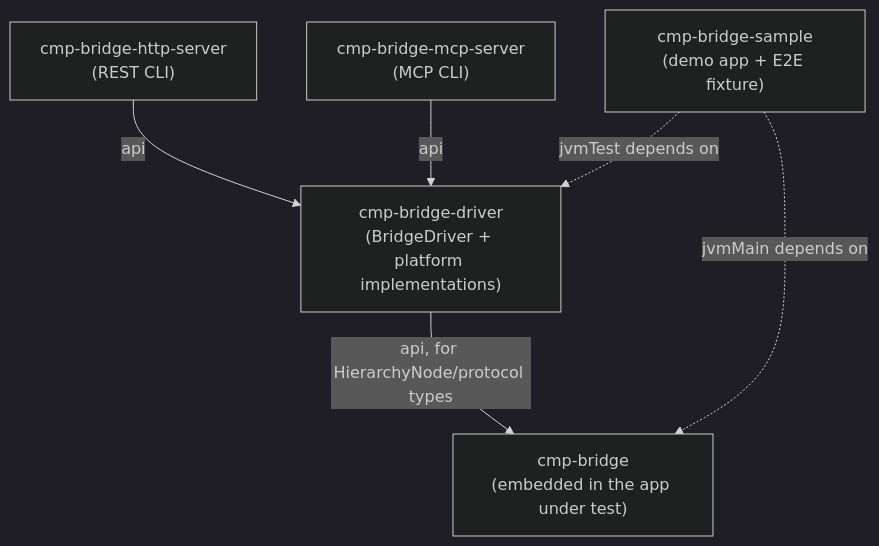
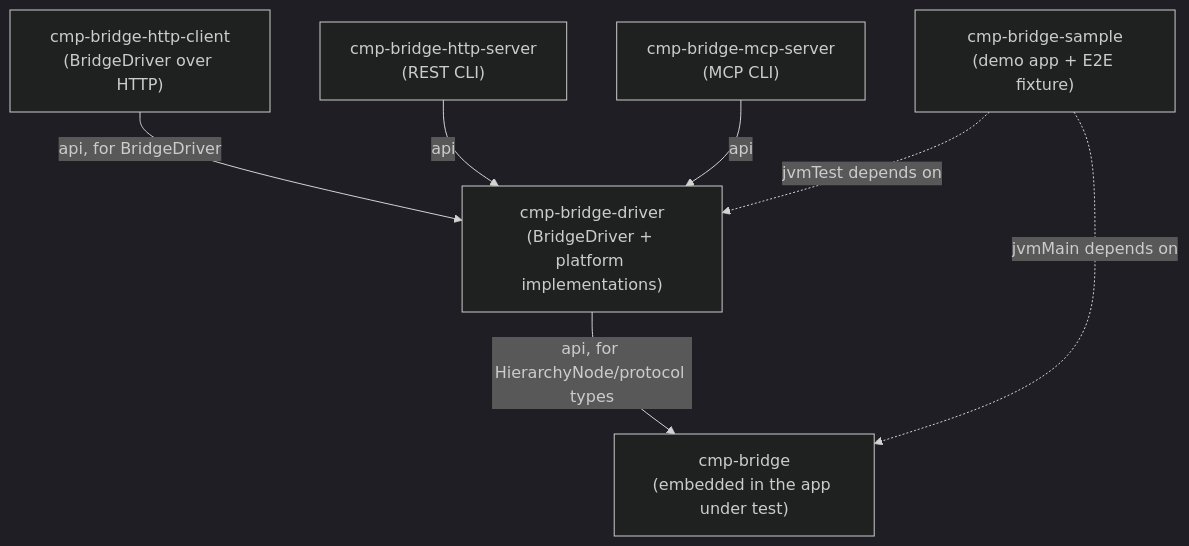
Before and after one commit to CRamsan/cmp-bridge: the diagram in ARCHITECTURE.md, drawn with Mermaid (dark theme). The commit also changed other lines of this file and 6 other files, not shown here.

First line of the commit message:
Add cmp-bridge-http-client: a BridgeDriver over cmp-bridge-http-server's REST API

````diff
--- a/ARCHITECTURE.md
+++ b/ARCHITECTURE.md
@@ -16,14 +16,16 @@
 ```mermaid
 graph TD
     bridge["cmp-bridge<br/>(embedded in the app under test)"]
     driver["cmp-bridge-driver<br/>(BridgeDriver + platform implementations)"]
+    httpClient["cmp-bridge-http-client<br/>(BridgeDriver over HTTP)"]
     http["cmp-bridge-http-server<br/>(REST CLI)"]
     mcp["cmp-bridge-mcp-server<br/>(MCP CLI)"]
     sample["cmp-bridge-sample<br/>(demo app + E2E fixture)"]
 
     driver -->|api, for HierarchyNode/protocol types| bridge
+    httpClient -->|api, for BridgeDriver| driver
     http -->|api| driver
     mcp -->|api| driver
     sample -.jvmMain depends on.-> bridge
     sample -.jvmTest depends on.-> driver
 ```
````
